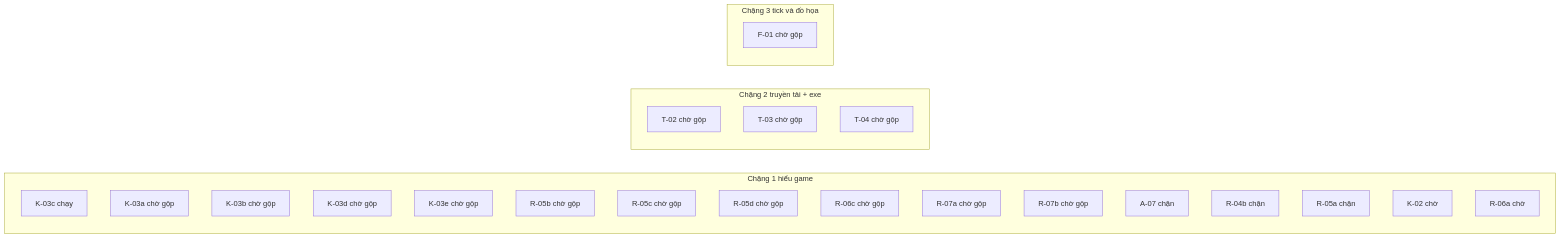
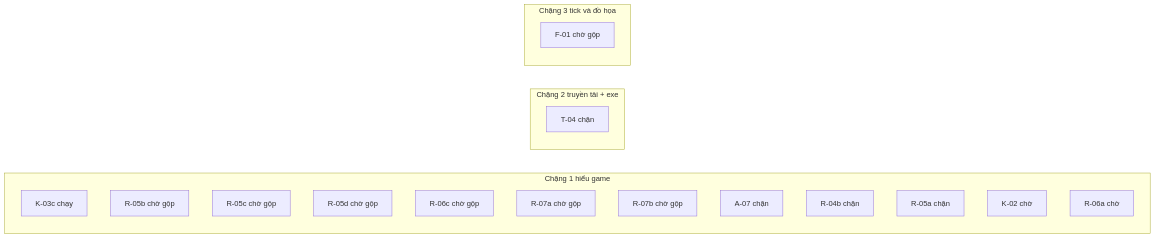
Before and after one commit to ndtangoss-dev/jx1-reports: the diagram in JX1_OPS/STATE/TIEN-DO.md, drawn with Mermaid. The commit also changed other lines of this file and 3 other files, not shown here.

````diff
--- a/JX1_OPS/STATE/TIEN-DO.md
+++ b/JX1_OPS/STATE/TIEN-DO.md
@@ -9,29 +9,23 @@
 ```mermaid
 flowchart LR
   subgraph S1["Chặng 1 hiểu game"]
     K_03c["K-03c chạy"]
-    K_03a["K-03a chờ gộp"]
-    K_03b["K-03b chờ gộp"]
-    K_03d["K-03d chờ gộp"]
-    K_03e["K-03e chờ gộp"]
     R_05b["R-05b chờ gộp"]
     R_05c["R-05c chờ gộp"]
     R_05d["R-05d chờ gộp"]
     R_06c["R-06c chờ gộp"]
     R_07a["R-07a chờ gộp"]
     R_07b["R-07b chờ gộp"]
     A_07["A-07 chặn"]
     R_04b["R-04b chặn"]
     R_05a["R-05a chặn"]
     K_02["K-02 chờ"]
     R_06a["R-06a chờ"]
   end
   subgraph S2["Chặng 2 truyền tải + exe"]
-    T_02["T-02 chờ gộp"]
-    T_03["T-03 chờ gộp"]
-    T_04["T-04 chờ gộp"]
+    T_04["T-04 chặn"]
   end
   subgraph S3["Chặng 3 tick và đồ họa"]
     F_01["F-01 chờ gộp"]
   end
 ```
````
